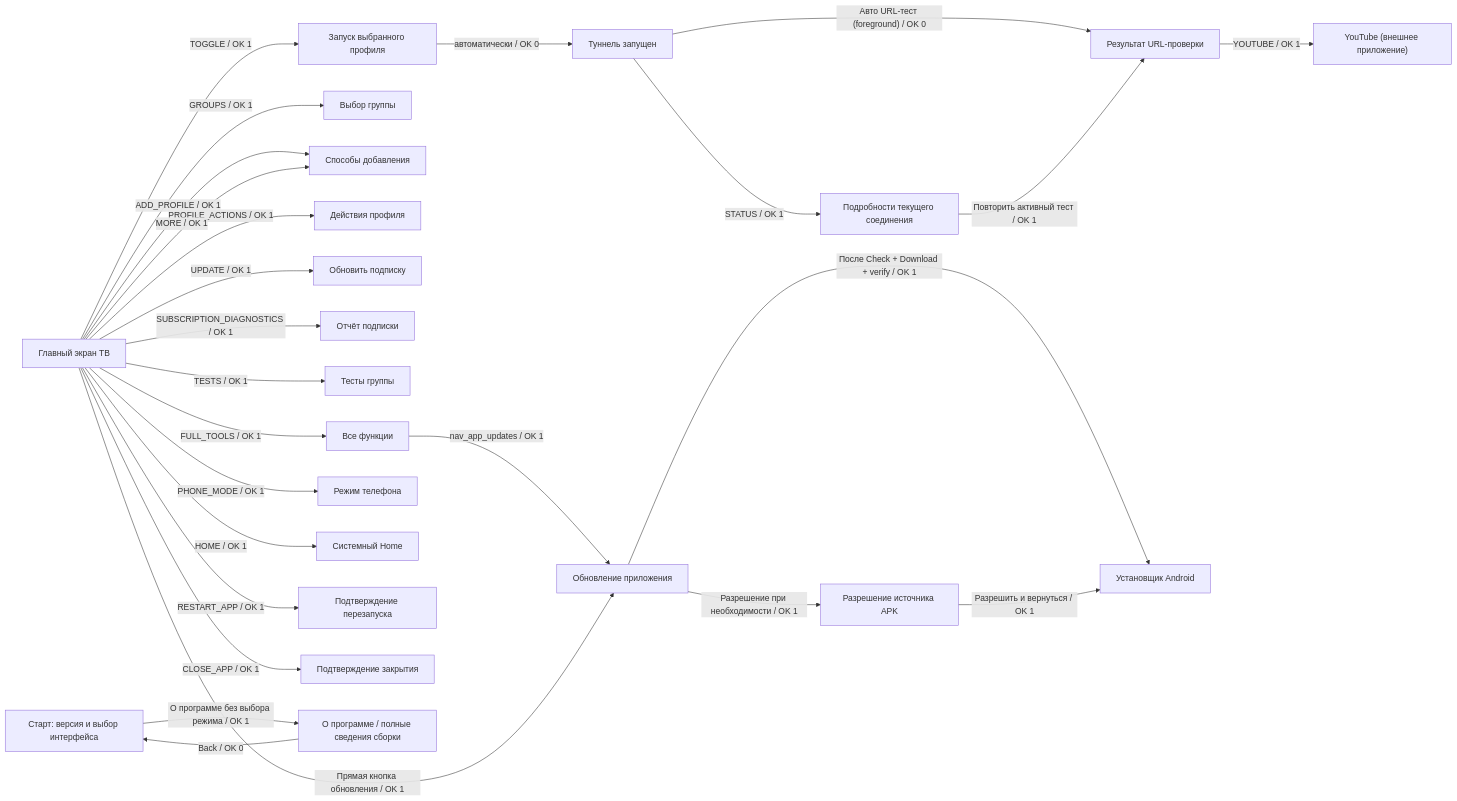
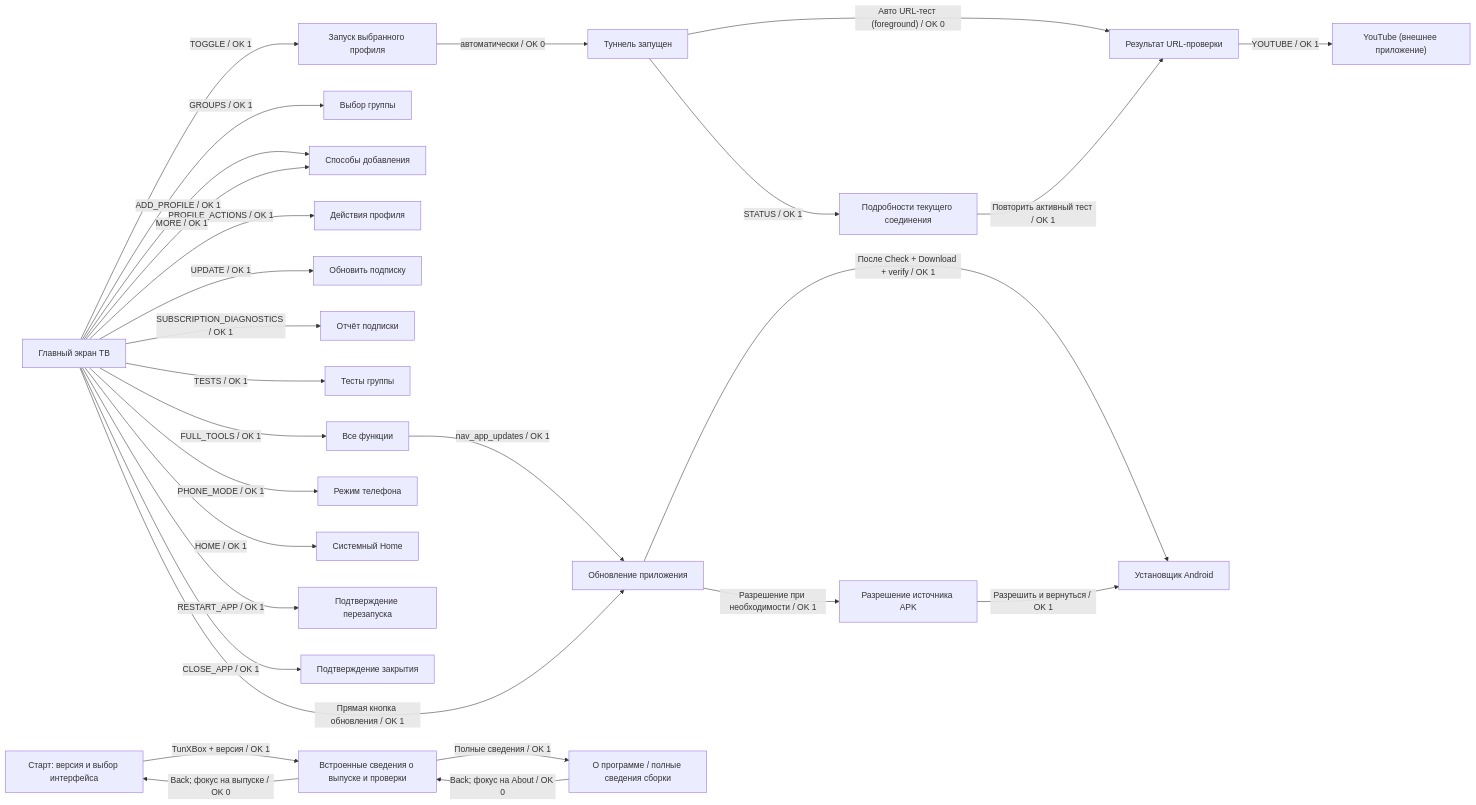
One commit to LeonidYasin/TunXBox changed the diagram in docs/tv-navigation.md. Above: the diagram before and after it, drawn with Mermaid. The commit also changed 23 other files, not shown here.

Commit message:
feat(launcher): three cards with bundled release notes and focus-safe About

````diff
--- a/docs/tv-navigation.md
+++ b/docs/tv-navigation.md
@@ -5,50 +5,53 @@
 ```mermaid
 flowchart LR
     TV["Главный экран ТВ"]
     CONNECT["Запуск выбранного профиля"]
     CONNECTED["Туннель запущен"]
     HEALTH["Результат URL-проверки"]
     STATUS["Подробности текущего соединения"]
     YOUTUBE["YouTube (внешнее приложение)"]
     GROUPS["Выбор группы"]
     ADD["Способы добавления"]
     PROFILE_ACTIONS["Действия профиля"]
     SUB_UPDATE["Обновить подписку"]
     SUB_REPORT["Отчёт подписки"]
     GROUP_TESTS["Тесты группы"]
     ALL_TOOLS["Все функции"]
     PHONE["Режим телефона"]
     HOME["Системный Home"]
     RESTART["Подтверждение перезапуска"]
     CLOSE["Подтверждение закрытия"]
     UPDATER["Обновление приложения"]
     INSTALLER["Установщик Android"]
     PERMISSION["Разрешение источника APK"]
     MODE["Старт: версия и выбор интерфейса"]
     ABOUT["О программе / полные сведения сборки"]
+    RELEASE["Встроенные сведения о выпуске и проверки"]
     TV -->|"TOGGLE / OK 1"| CONNECT
     CONNECT -->|"автоматически / OK 0"| CONNECTED
     CONNECTED -->|"Авто URL-тест (foreground) / OK 0"| HEALTH
     CONNECTED -->|"STATUS / OK 1"| STATUS
     STATUS -->|"Повторить активный тест / OK 1"| HEALTH
     HEALTH -->|"YOUTUBE / OK 1"| YOUTUBE
     TV -->|"GROUPS / OK 1"| GROUPS
     TV -->|"ADD_PROFILE / OK 1"| ADD
     TV -->|"PROFILE_ACTIONS / OK 1"| PROFILE_ACTIONS
     TV -->|"UPDATE / OK 1"| SUB_UPDATE
     TV -->|"SUBSCRIPTION_DIAGNOSTICS / OK 1"| SUB_REPORT
     TV -->|"TESTS / OK 1"| GROUP_TESTS
     TV -->|"FULL_TOOLS / OK 1"| ALL_TOOLS
     TV -->|"MORE / OK 1"| ADD
     TV -->|"PHONE_MODE / OK 1"| PHONE
     TV -->|"HOME / OK 1"| HOME
     TV -->|"RESTART_APP / OK 1"| RESTART
     TV -->|"CLOSE_APP / OK 1"| CLOSE
     ALL_TOOLS -->|"nav_app_updates / OK 1"| UPDATER
     UPDATER -->|"Разрешение при необходимости / OK 1"| PERMISSION
     UPDATER -->|"После Check + Download + verify / OK 1"| INSTALLER
     PERMISSION -->|"Разрешить и вернуться / OK 1"| INSTALLER
     TV -->|"Прямая кнопка обновления / OK 1"| UPDATER
-    MODE -->|"О программе без выбора режима / OK 1"| ABOUT
-    ABOUT -->|"Back / OK 0"| MODE
+    MODE -->|"TunXBox + версия / OK 1"| RELEASE
+    RELEASE -->|"Полные сведения / OK 1"| ABOUT
+    ABOUT -->|"Back; фокус на About / OK 0"| RELEASE
+    RELEASE -->|"Back; фокус на выпуске / OK 0"| MODE
 ```
````
